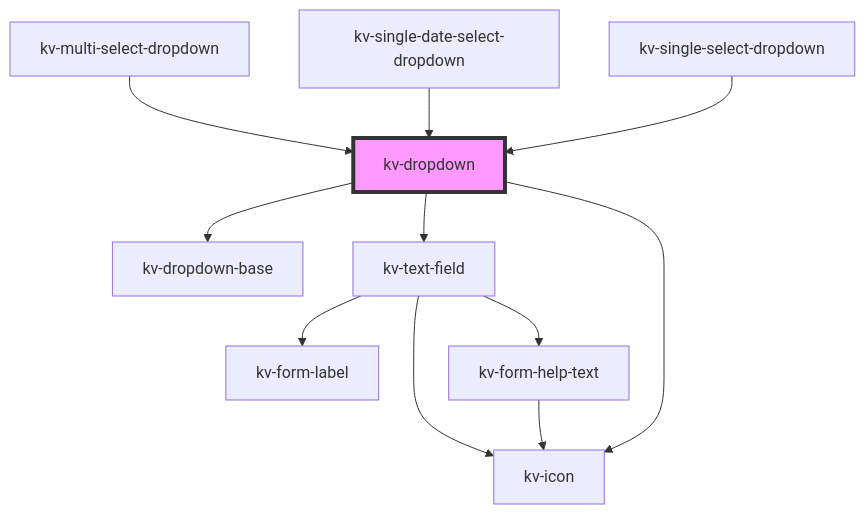
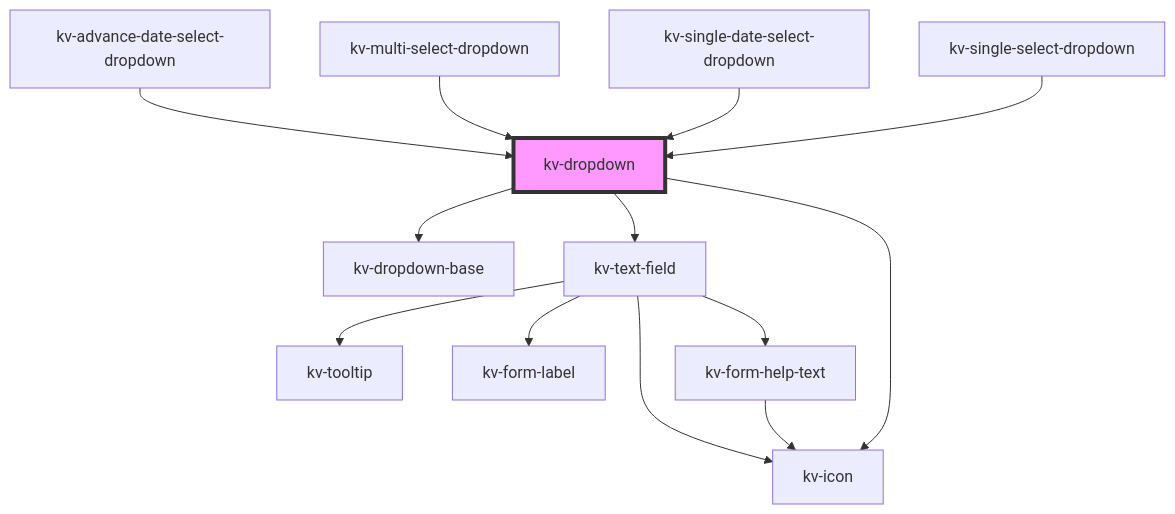
One commit to kelvininc/ui-components changed the diagram in packages/ui-components/src/components/dropdown/readme.md. Above: the diagram before and after it, drawn with Mermaid. The commit also changed other lines of this file and 84 other files, not shown here.

First line of the commit message:
feat(advance-date-input): add `advance-date-input` component

````diff
--- a/packages/ui-components/src/components/dropdown/readme.md
+++ b/packages/ui-components/src/components/dropdown/readme.md
@@ -132,14 +147,16 @@
 ```mermaid
 graph TD;
   kv-dropdown --> kv-dropdown-base
   kv-dropdown --> kv-text-field
   kv-dropdown --> kv-icon
+  kv-text-field --> kv-tooltip
   kv-text-field --> kv-form-label
   kv-text-field --> kv-icon
   kv-text-field --> kv-form-help-text
   kv-form-help-text --> kv-icon
+  kv-advance-date-select-dropdown --> kv-dropdown
   kv-multi-select-dropdown --> kv-dropdown
   kv-single-date-select-dropdown --> kv-dropdown
   kv-single-select-dropdown --> kv-dropdown
   style kv-dropdown fill:#f9f,stroke:#333,stroke-width:4px
 ```
````
